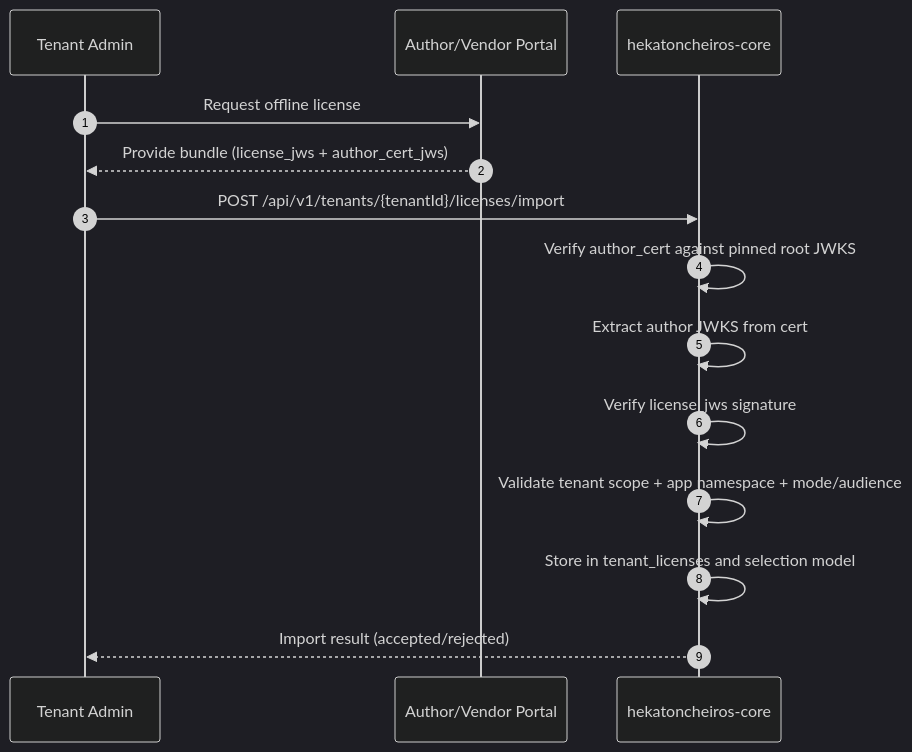
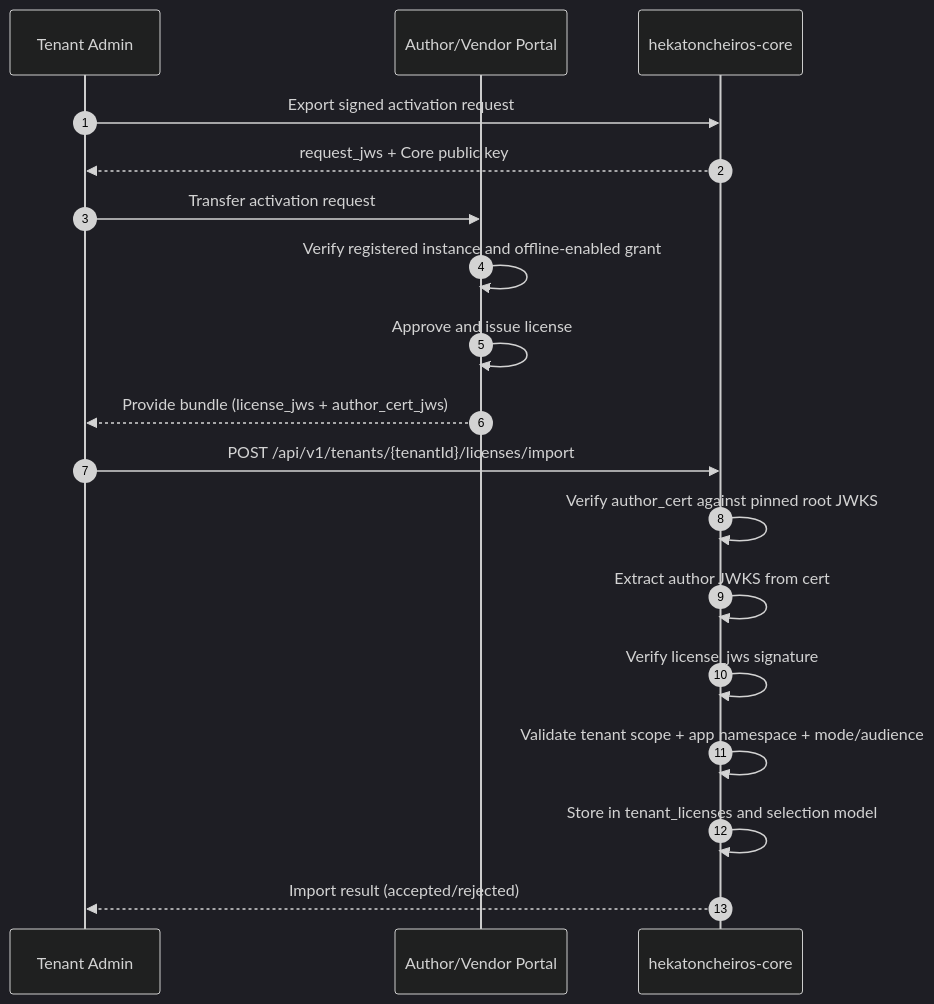
The diagram in docs/licensing/offline-flow.md (Talpaversum/hekatoncheiros-docs), drawn with Mermaid (dark theme) before and after one commit. The commit also changed other lines of this file and 8 other files, not shown here.

````diff
--- a/docs/licensing/offline-flow.md
+++ b/docs/licensing/offline-flow.md
@@ -24,17 +24,21 @@
 ```mermaid
 sequenceDiagram
   autonumber
   participant Admin as Tenant Admin
   participant Vendor as Author/Vendor Portal
   participant Core as hekatoncheiros-core
 
-  Admin->>Vendor: Request offline license
+  Admin->>Core: Export signed activation request
+  Core-->>Admin: request_jws + Core public key
+  Admin->>Vendor: Transfer activation request
+  Vendor->>Vendor: Verify registered instance and offline-enabled grant
+  Vendor->>Vendor: Approve and issue license
   Vendor-->>Admin: Provide bundle (license_jws + author_cert_jws)
   Admin->>Core: POST /api/v1/tenants/{tenantId}/licenses/import
   Core->>Core: Verify author_cert against pinned root JWKS
   Core->>Core: Extract author JWKS from cert
   Core->>Core: Verify license_jws signature
   Core->>Core: Validate tenant scope + app namespace + mode/audience
   Core->>Core: Store in tenant_licenses and selection model
   Core-->>Admin: Import result (accepted/rejected)
 ```
````
